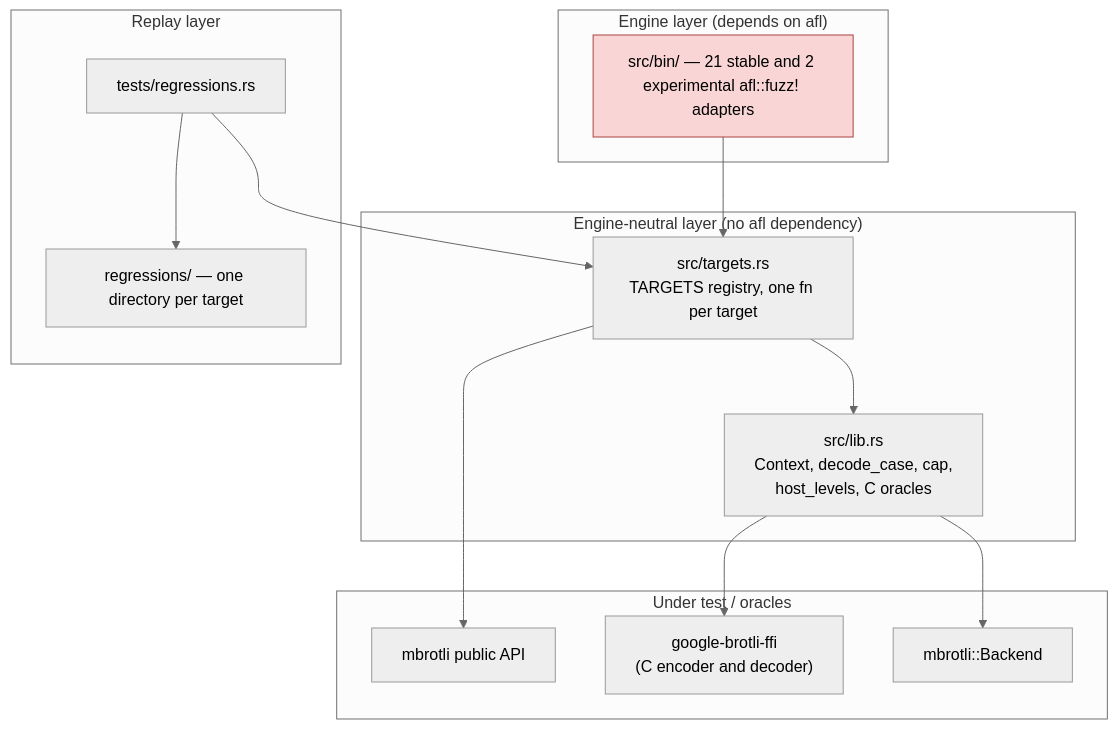
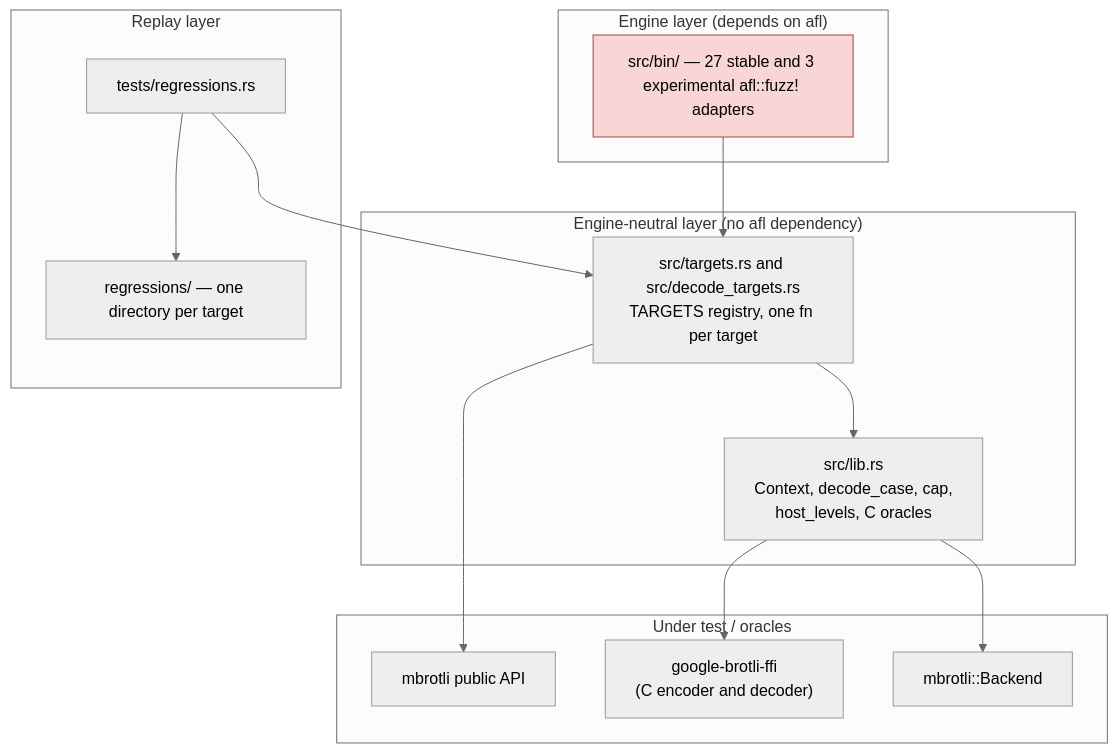
The second of 10 diagrams in architecture/fuzzing.md (Mnwa/mbrotli), drawn with Mermaid (neutral theme) before and after one commit. The commit also changed other lines of this file and 13 other files, not shown here.

````diff
--- a/architecture/fuzzing.md
+++ b/architecture/fuzzing.md
@@ -37,33 +38,33 @@
 ```mermaid
 graph TD
     subgraph engine["Engine layer (depends on afl)"]
-        bins["src/bin/ — 21 stable and 2 experimental afl::fuzz! adapters"]
+        bins["src/bin/ — 27 stable and 3 experimental afl::fuzz! adapters"]
     end
 
     subgraph neutral["Engine-neutral layer (no afl dependency)"]
-        targets["src/targets.rs<br/>TARGETS registry, one fn per target"]
+        targets["src/targets.rs and src/decode_targets.rs<br/>TARGETS registry, one fn per target"]
         lib["src/lib.rs<br/>Context, decode_case, cap,<br/>host_levels, C oracles"]
     end
 
     subgraph replay["Replay layer"]
         regtest["tests/regressions.rs"]
         corpus["regressions/ — one directory per target"]
     end
 
     subgraph under["Under test / oracles"]
         mbrotli["mbrotli public API"]
         ffi["google-brotli-ffi<br/>(C encoder and decoder)"]
         simd["mbrotli::Backend"]
     end
 
     bins --> targets
     regtest --> targets
     regtest --> corpus
     targets --> lib
     targets --> mbrotli
     lib --> ffi
     lib --> simd
 
     classDef engineNode fill:#f9d6d5,stroke:#a94442;
     class bins engineNode;
 ```
````
